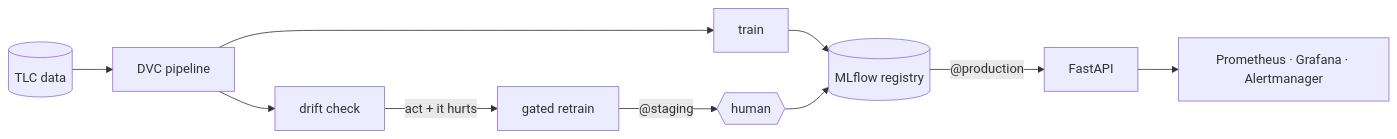
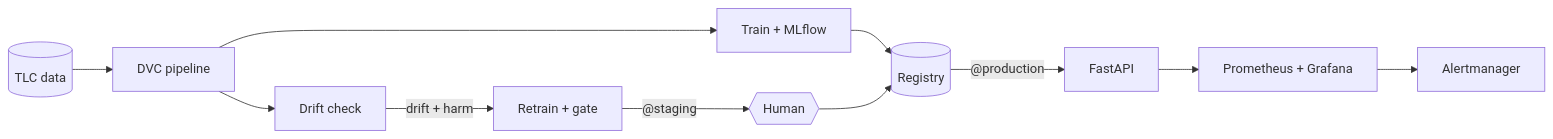
The diagram in README.md (khaledngr/taxi-demand-mlops), drawn with Mermaid before and after one commit. The commit also changed other lines of this file, not shown here.

Commit message:
README: how it works, API, known limits

````diff
--- a/README.md
+++ b/README.md
@@ -32,7 +44,6 @@
 ```mermaid
 flowchart LR
-  A[(TLC data)] --> B[DVC pipeline] --> C[train] --> D[(MLflow registry)]
-  D -- "@production" --> E[FastAPI]
-  E --> F[Prometheus · Grafana · Alertmanager]
-  B --> G[drift check] -- "act + it hurts" --> H[gated retrain] -- "@staging" --> I{{human}} --> D
+  A[(TLC data)] --> B[DVC pipeline] --> C[Train + MLflow] --> D[(Registry)]
+  D -- "@production" --> E[FastAPI] --> F[Prometheus + Grafana] --> G[Alertmanager]
+  B --> H[Drift check] -- "drift + harm" --> I[Retrain + gate] -- "@staging" --> J{{Human}} --> D
 ```
````
